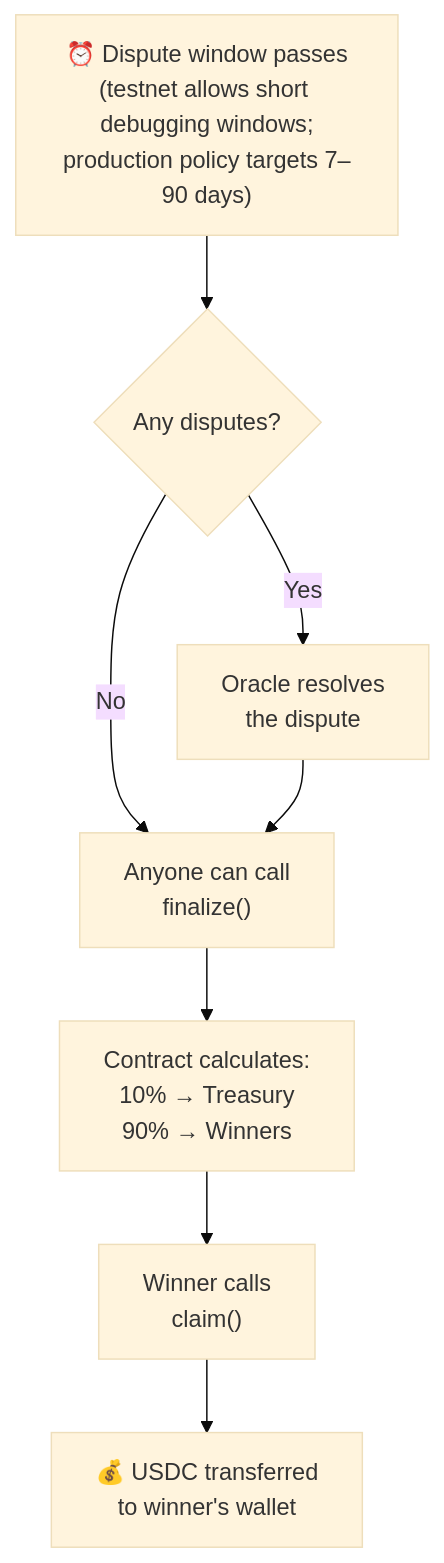
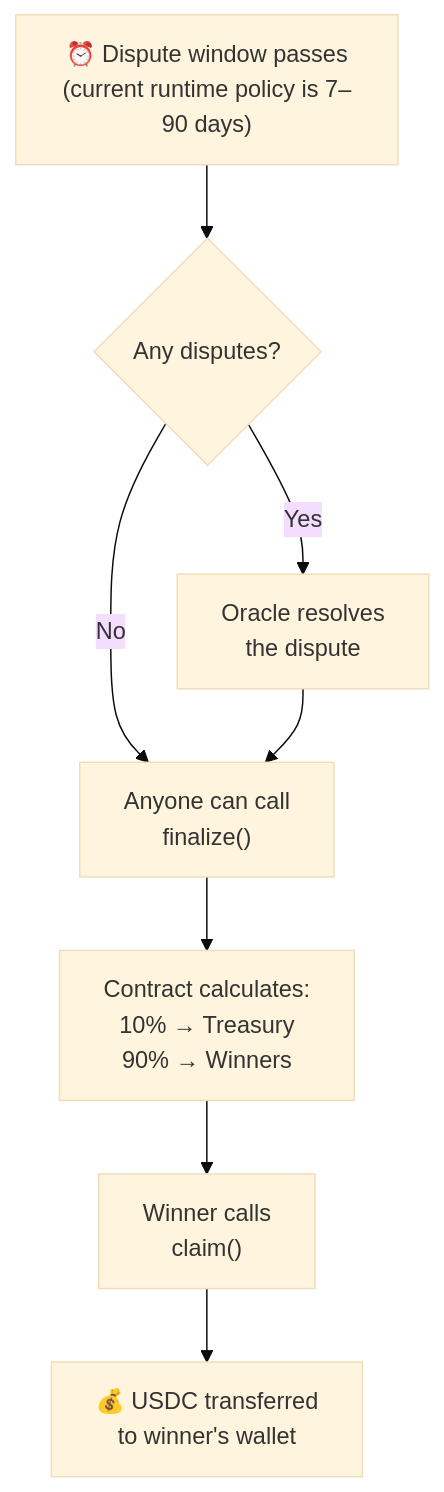
One commit to andymolecule/Hermes changed the sixth of 10 diagrams in docs/product.md. Above: the diagram before and after it, drawn with Mermaid (base theme). The commit also changed other lines of this file and 9 other files, not shown here.

````diff
--- a/docs/product.md
+++ b/docs/product.md
@@ -132,10 +132,10 @@
 ```mermaid
 flowchart TB
-    A["⏰ Dispute window passes<br/>(testnet allows short debugging windows;<br/>production policy targets 7–90 days)"] --> B{"Any disputes?"}
+    A["⏰ Dispute window passes<br/>(current runtime policy is 7–90 days)"] --> B{"Any disputes?"}
     B -->|No| C["Anyone can call<br/>finalize()"]
     B -->|Yes| D["Oracle resolves<br/>the dispute"]
     D --> C
     C --> E["Contract calculates:<br/>10% → Treasury<br/>90% → Winners"]
     E --> F["Winner calls<br/>claim()"]
     F --> G["💰 USDC transferred<br/>to winner's wallet"]
 ```
````
